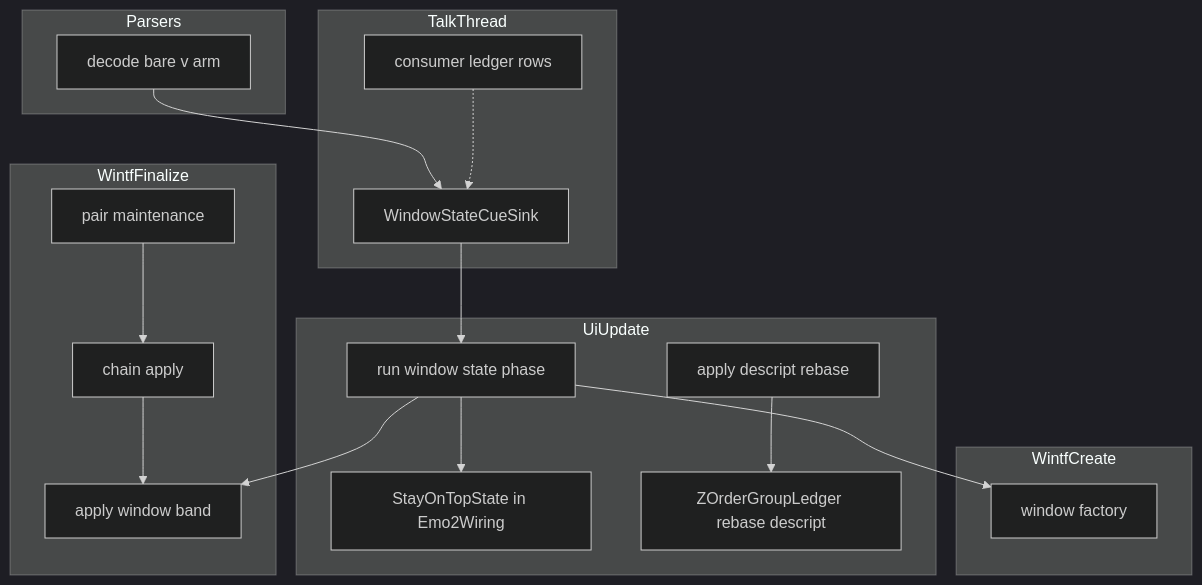
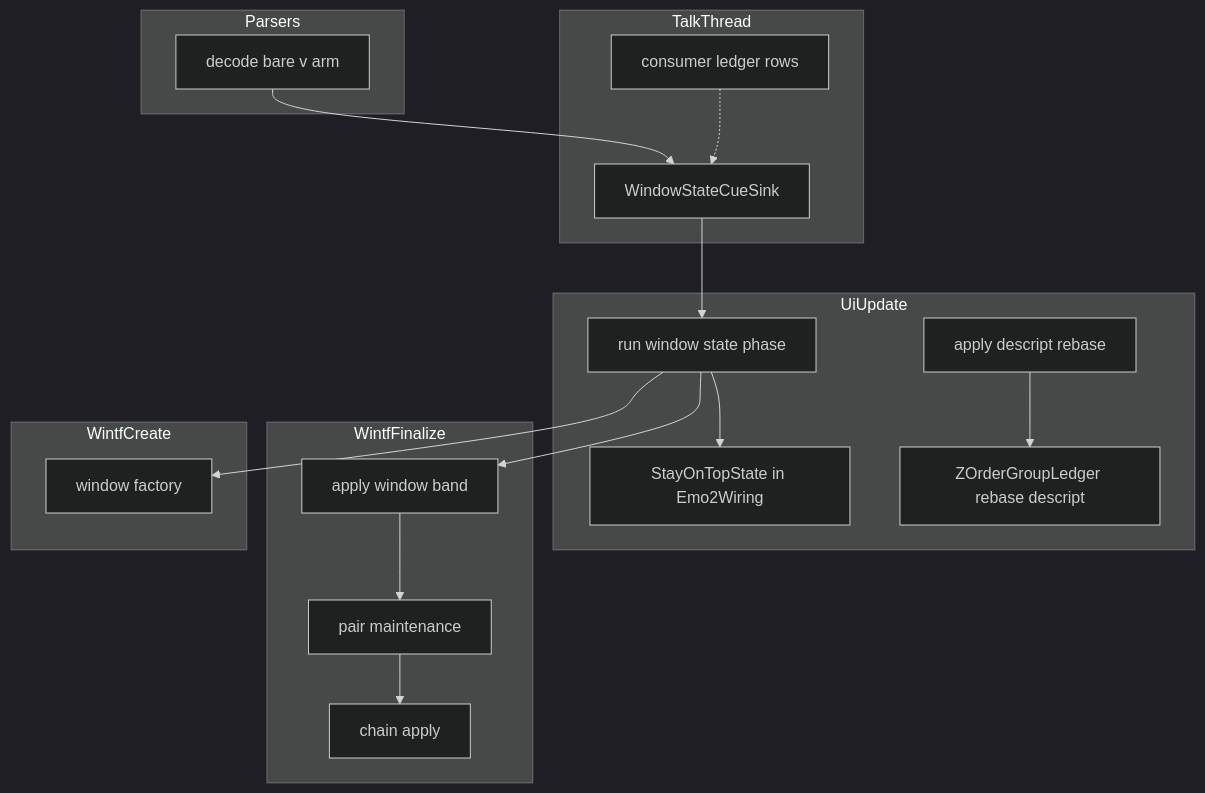
Before and after one commit to ekicyou/areka: the first of 4 diagrams in .kiro/specs/stay-on-top-directives/design.md, drawn with Mermaid (dark theme). The commit also changed other lines of this file and 1 other file, not shown here.

````diff
--- a/.kiro/specs/stay-on-top-directives/design.md
+++ b/.kiro/specs/stay-on-top-directives/design.md
@@ -77,33 +77,33 @@
 ```mermaid
 graph TB
     subgraph Parsers
         Decode[decode bare v arm]
     end
     subgraph TalkThread
         Sink[WindowStateCueSink]
         Ledger[consumer ledger rows]
     end
     subgraph UiUpdate
         Phase[run window state phase]
         State[StayOnTopState in Emo2Wiring]
         Rebase[apply descript rebase]
         ZLedger[ZOrderGroupLedger rebase descript]
     end
     subgraph WintfFinalize
         Pair[pair maintenance]
         Chain[chain apply]
         Band[apply window band]
     end
     subgraph WintfCreate
         Factory[window factory]
     end
     Decode --> Sink
     Ledger -.-> Sink
     Sink --> Phase
     Phase --> State
     Phase --> Band
     Phase --> Factory
     Rebase --> ZLedger
+    Band --> Pair
     Pair --> Chain
-    Chain --> Band
 ```
````
